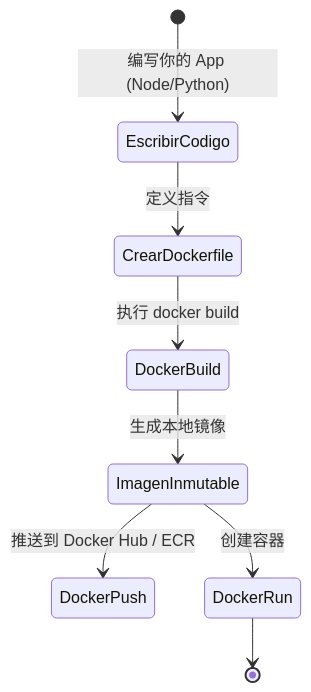
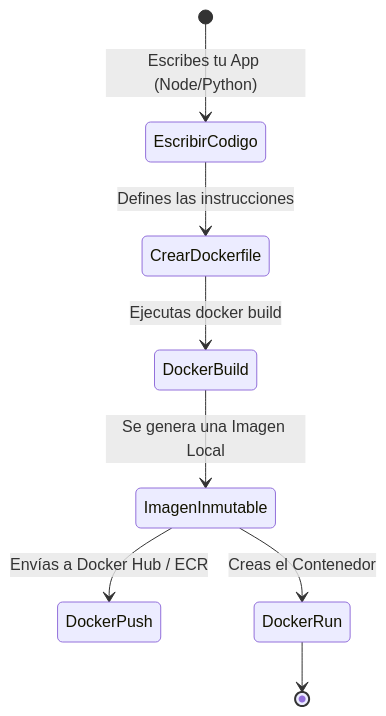
One commit to gjpierp/nmergeia changed the first of 2 diagrams in public/docs/zh/docker_basico.md. Above: the diagram before and after it, drawn with Mermaid. The commit also changed other lines of this file and 518 other files, not shown here.

````diff
--- a/public/docs/zh/docker_basico.md
+++ b/public/docs/zh/docker_basico.md
@@ -11,10 +11,10 @@
 ```mermaid
 stateDiagram-v2
-    [*] --> EscribirCodigo: 编写你的 App (Node/Python)
-    EscribirCodigo --> CrearDockerfile: 定义指令
-    CrearDockerfile --> DockerBuild: 执行 docker build
-    DockerBuild --> ImagenInmutable: 生成本地镜像
-    ImagenInmutable --> DockerPush: 推送到 Docker Hub / ECR
-    ImagenInmutable --> DockerRun: 创建容器
+    [*] --> EscribirCodigo: Escribes tu App (Node/Python)
+    EscribirCodigo --> CrearDockerfile: Defines las instrucciones
+    CrearDockerfile --> DockerBuild: Ejecutas docker build
+    DockerBuild --> ImagenInmutable: Se genera una Imagen Local
+    ImagenInmutable --> DockerPush: Envías a Docker Hub / ECR
+    ImagenInmutable --> DockerRun: Creas el Contenedor
     DockerRun --> [*]
 ```
````
